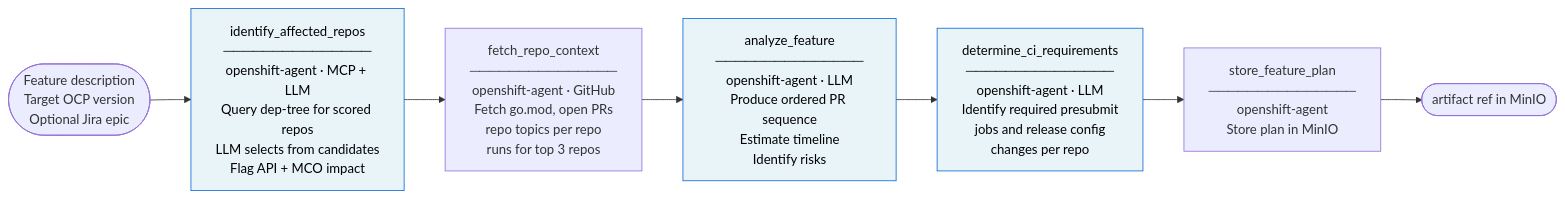
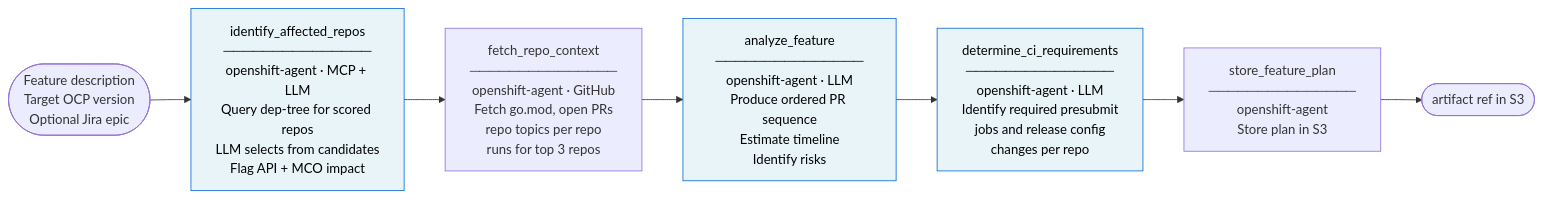
One commit to openshift-splat-team/splat-sdlc-operator changed the fifth of 8 diagrams in README.md. Above: the diagram before and after it, drawn with Mermaid. The commit also changed other lines of this file and 25 other files, not shown here.

````diff
--- a/README.md
+++ b/README.md
@@ -153,20 +153,20 @@
 ```mermaid
 flowchart LR
     IN(["Feature description\nTarget OCP version\nOptional Jira epic"]) --> A
 
     A["identify_affected_repos\n───────────────\nopenshift-agent · MCP + LLM\nQuery dep-tree for scored repos\nLLM selects from candidates\nFlag API + MCO impact"]
 
     A --> B["fetch_repo_context\n───────────────\nopenshift-agent · GitHub\nFetch go.mod, open PRs\nrepo topics per repo\nruns for top 3 repos"]
 
     B --> C["analyze_feature\n───────────────\nopenshift-agent · LLM\nProduce ordered PR sequence\nEstimate timeline\nIdentify risks"]
 
     C --> D["determine_ci_requirements\n───────────────\nopenshift-agent · LLM\nIdentify required presubmit\njobs and release config\nchanges per repo"]
 
-    D --> E["store_feature_plan\n───────────────\nopenshift-agent\nStore plan in MinIO"]
+    D --> E["store_feature_plan\n───────────────\nopenshift-agent\nStore plan in S3"]
 
-    E --> OUT([artifact ref in MinIO])
+    E --> OUT([artifact ref in S3])
 
     style A fill:#e8f4f8,stroke:#0969da,color:#000
     style C fill:#e8f4f8,stroke:#0969da,color:#000
     style D fill:#e8f4f8,stroke:#0969da,color:#000
 ```
````
